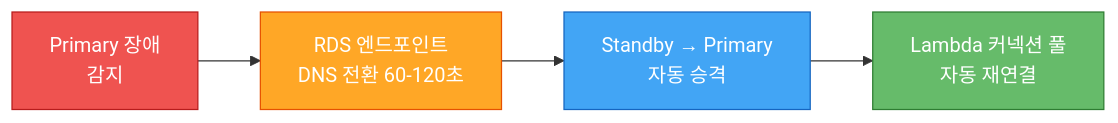
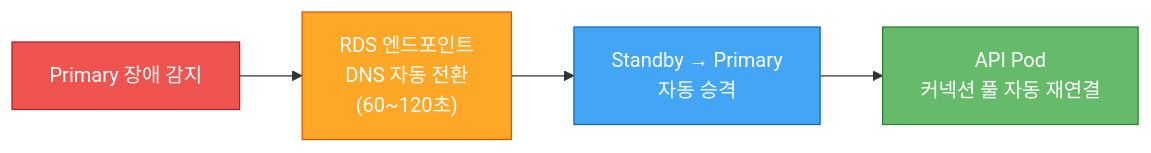
Diagram 17 of 18 in report.md (revenantonthemission/2-cho-community-infra), drawn with Mermaid before and after one commit. The commit also changed other lines of this file and 4 other files, not shown here.

````diff
--- a/report.md
+++ b/report.md
@@ -936,14 +816,14 @@
 ```mermaid
 flowchart LR
-    Primary_Fail["Primary 장애<br/>감지"]
-    DNS_Switch["RDS 엔드포인트<br/>DNS 전환 60-120초"]
+    Primary_Fail["Primary 장애 감지"]
+    DNS_Switch["RDS 엔드포인트<br/>DNS 자동 전환<br/>(60~120초)"]
     Standby_Promote["Standby → Primary<br/>자동 승격"]
-    App_Reconnect["Lambda 커넥션 풀<br/>자동 재연결"]
+    App_Reconnect["API Pod<br/>커넥션 풀 자동 재연결"]
 
     Primary_Fail --> DNS_Switch --> Standby_Promote --> App_Reconnect
 
     style Primary_Fail fill:#ef5350,color:#fff,stroke:#b71c1c
     style DNS_Switch fill:#ffa726,color:#fff,stroke:#e65100
     style Standby_Promote fill:#42a5f5,color:#fff,stroke:#1565c0
     style App_Reconnect fill:#66bb6a,color:#fff,stroke:#2e7d32
 ```
````
